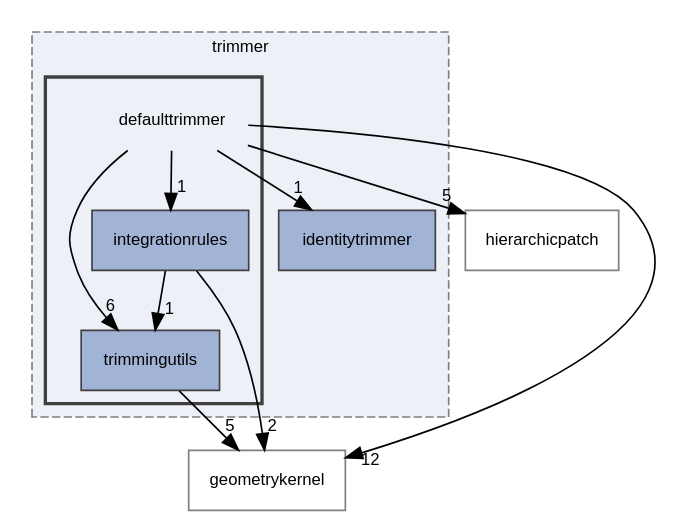
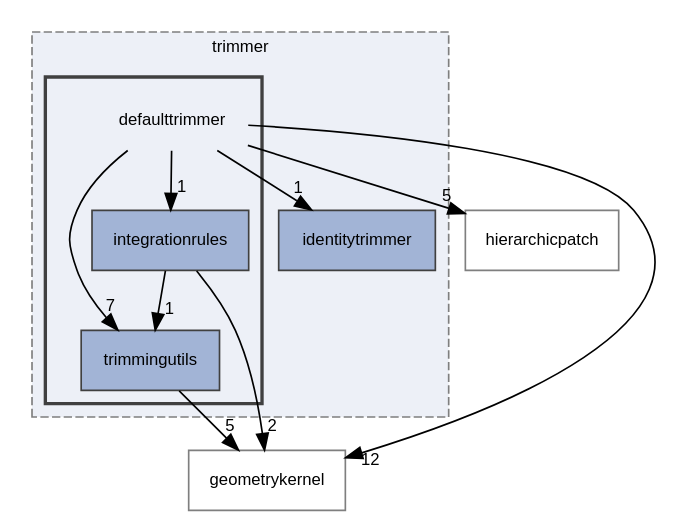
The diagram in dir_265321845ed2650d675b22a94b62262d_dep.dot (rath3t/dune-iga-doc), drawn with Graphviz before and after one commit. The commit also changed 353 other files, not shown here.

```diff
--- a/dir_265321845ed2650d675b22a94b62262d_dep.dot
+++ b/dir_265321845ed2650d675b22a94b62262d_dep.dot
@@ -1,27 +1,27 @@
 digraph "defaulttrimmer"
 {
  // LATEX_PDF_SIZE
   edge [fontname="Helvetica",fontsize="10",labelfontname="Helvetica",labelfontsize="10"];
   node [fontname="Helvetica",fontsize="10",shape=record];
   compound=true
   subgraph clusterdir_7d0c370ab440c4b4f78419bfc8c93eb8 {
     graph [ bgcolor="#edf0f7", pencolor="grey50", style="filled,dashed,", label="trimmer", fontname="Helvetica", fontsize="10", URL="dir_7d0c370ab440c4b4f78419bfc8c93eb8.html"]
   dir_aa3557bd66a6784b3b9e663253e8d0ba [shape=box, label="identitytrimmer", style="filled,", fillcolor="#a2b4d6", color="grey25", URL="dir_aa3557bd66a6784b3b9e663253e8d0ba.html"];
   subgraph clusterdir_265321845ed2650d675b22a94b62262d {
     graph [ bgcolor="#edf0f7", pencolor="grey25", style="filled,bold,", label="", fontname="Helvetica", fontsize="10", URL="dir_265321845ed2650d675b22a94b62262d.html"]
     dir_265321845ed2650d675b22a94b62262d [shape=plaintext, label="defaulttrimmer"];
   dir_7ed5cc8732fbacc6a192622dcae82fb8 [shape=box, label="integrationrules", style="filled,", fillcolor="#a2b4d6", color="grey25", URL="dir_7ed5cc8732fbacc6a192622dcae82fb8.html"];
   dir_75403dd546d989c4e56d84af3932dae7 [shape=box, label="trimmingutils", style="filled,", fillcolor="#a2b4d6", color="grey25", URL="dir_75403dd546d989c4e56d84af3932dae7.html"];
   }
   }
   dir_12fc9e68aad46ae2d80ba50ef1c96d76 [shape=box, label="hierarchicpatch", style="", fillcolor="#edf0f7", color="grey50", URL="dir_12fc9e68aad46ae2d80ba50ef1c96d76.html"];
   dir_98571e7345f7327fea7723ec1a12d870 [shape=box, label="geometrykernel", style="", fillcolor="#edf0f7", color="grey50", URL="dir_98571e7345f7327fea7723ec1a12d870.html"];
   dir_265321845ed2650d675b22a94b62262d->dir_12fc9e68aad46ae2d80ba50ef1c96d76 [headlabel="5", labeldistance=1.5 headhref="dir_000001_000007.html"];
-  dir_265321845ed2650d675b22a94b62262d->dir_75403dd546d989c4e56d84af3932dae7 [headlabel="6", labeldistance=1.5 headhref="dir_000001_000019.html"];
+  dir_265321845ed2650d675b22a94b62262d->dir_75403dd546d989c4e56d84af3932dae7 [headlabel="7", labeldistance=1.5 headhref="dir_000001_000019.html"];
   dir_265321845ed2650d675b22a94b62262d->dir_7ed5cc8732fbacc6a192622dcae82fb8 [headlabel="1", labeldistance=1.5 headhref="dir_000001_000012.html"];
   dir_265321845ed2650d675b22a94b62262d->dir_98571e7345f7327fea7723ec1a12d870 [headlabel="12", labeldistance=1.5 headhref="dir_000001_000006.html"];
   dir_265321845ed2650d675b22a94b62262d->dir_aa3557bd66a6784b3b9e663253e8d0ba [headlabel="1", labeldistance=1.5 headhref="dir_000001_000008.html"];
   dir_7ed5cc8732fbacc6a192622dcae82fb8->dir_75403dd546d989c4e56d84af3932dae7 [headlabel="1", labeldistance=1.5 headhref="dir_000012_000019.html"];
   dir_7ed5cc8732fbacc6a192622dcae82fb8->dir_98571e7345f7327fea7723ec1a12d870 [headlabel="2", labeldistance=1.5 headhref="dir_000012_000006.html"];
   dir_75403dd546d989c4e56d84af3932dae7->dir_98571e7345f7327fea7723ec1a12d870 [headlabel="5", labeldistance=1.5 headhref="dir_000019_000006.html"];
 }
```
